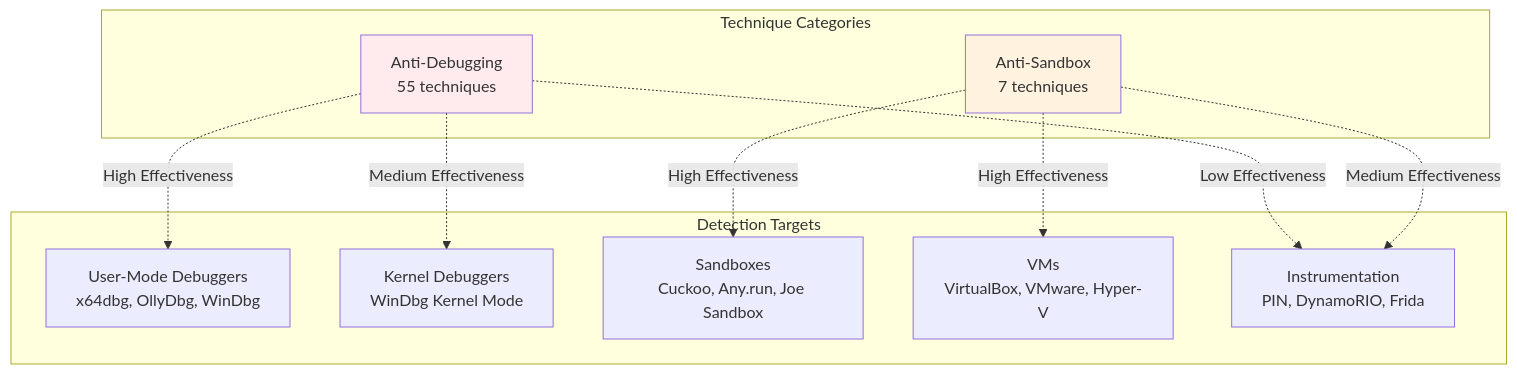
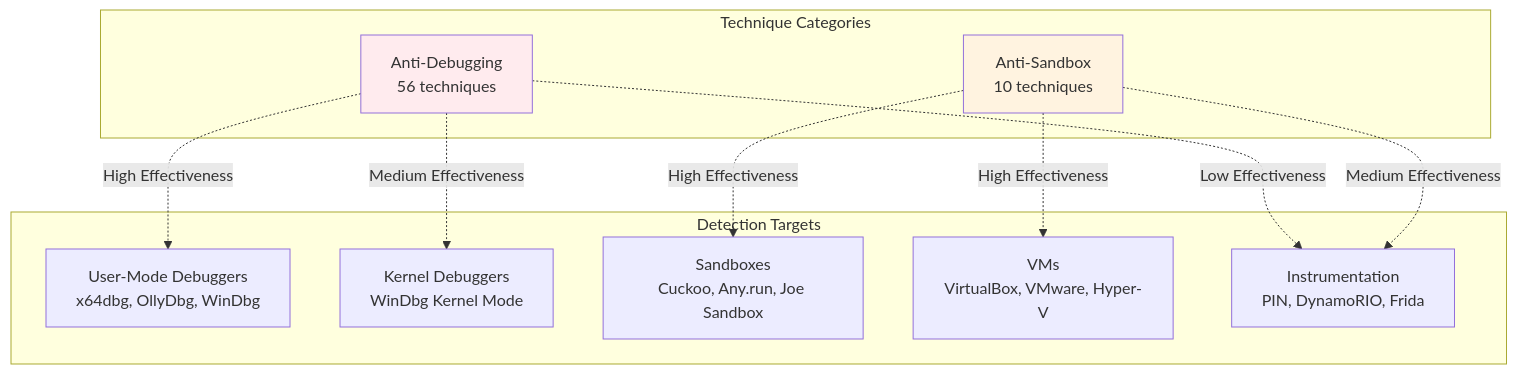
One commit to mabj/anti changed the seventh of 8 diagrams in docs/diagrams/taxonomy.md. Above: the diagram before and after it, drawn with Mermaid. The commit also changed other lines of this file and 12 other files, not shown here.

Commit message:
Adding 2 time-based anti-sandbox techniques AS007 and AS010

````diff
--- a/docs/diagrams/taxonomy.md
+++ b/docs/diagrams/taxonomy.md
@@ -229,26 +231,26 @@
 ```mermaid
 graph TB
     subgraph Detection Targets
         T1[User-Mode Debuggers<br/>x64dbg, OllyDbg, WinDbg]
         T2[Kernel Debuggers<br/>WinDbg Kernel Mode]
         T3[Sandboxes<br/>Cuckoo, Any.run, Joe Sandbox]
         T4[VMs<br/>VirtualBox, VMware, Hyper-V]
         T5[Instrumentation<br/>PIN, DynamoRIO, Frida]
     end
 
     subgraph Technique Categories
-        C1[Anti-Debugging<br/>55 techniques]
-        C2[Anti-Sandbox<br/>7 techniques]
+        C1[Anti-Debugging<br/>56 techniques]
+        C2[Anti-Sandbox<br/>10 techniques]
     end
 
     C1 -.High Effectiveness.-> T1
     C1 -.Medium Effectiveness.-> T2
     C1 -.Low Effectiveness.-> T5
 
     C2 -.High Effectiveness.-> T3
     C2 -.High Effectiveness.-> T4
     C2 -.Medium Effectiveness.-> T5
 
     style C1 fill:#ffebee
     style C2 fill:#fff3e0
 ```
````
